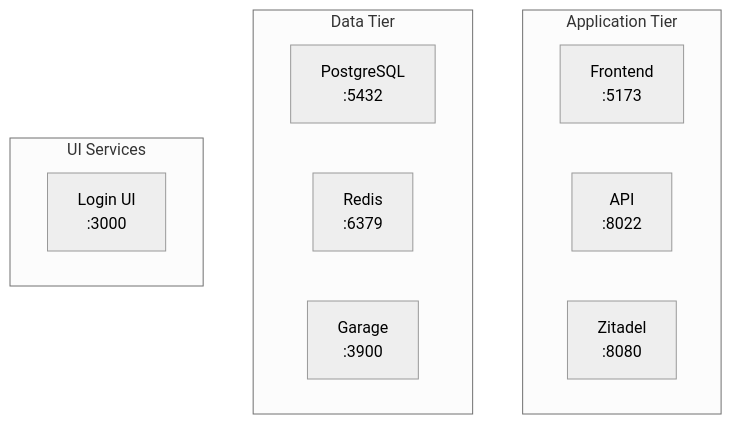
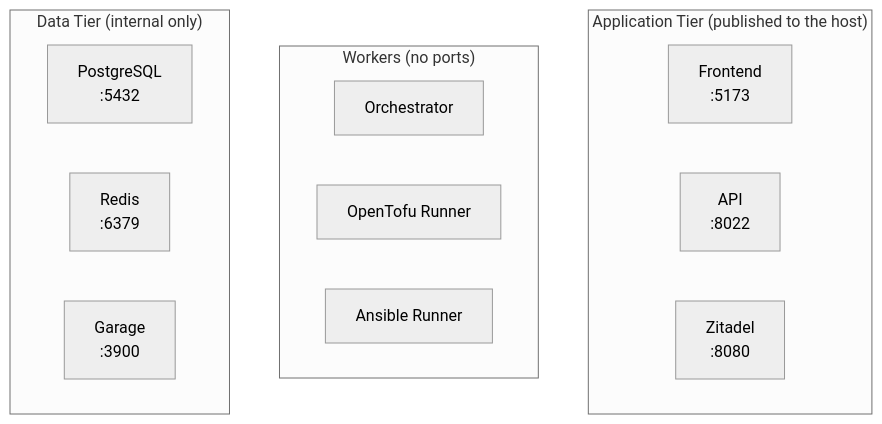
The sixth of 7 diagrams in docs/architecture/README.md (vhco-pro/stackweaver-frontend), drawn with Mermaid (neutral theme) before and after one commit. The commit also changed other lines of this file and 44 other files, not shown here.

````diff
--- a/docs/architecture/README.md
+++ b/docs/architecture/README.md
@@ -454,18 +454,20 @@
 ```mermaid
 flowchart TB
-    subgraph AppTier["Application Tier"]
+    subgraph AppTier["Application Tier (published to the host)"]
         Frontend["Frontend<br/>:5173"]
         API["API<br/>:8022"]
         Zitadel["Zitadel<br/>:8080"]
     end
 
-    subgraph DataTier["Data Tier"]
+    subgraph Workers["Workers (no ports)"]
+        Orchestrator["Orchestrator"]
+        Runner["OpenTofu Runner"]
+        AnsibleRunner["Ansible Runner"]
+    end
+
+    subgraph DataTier["Data Tier (internal only)"]
         PostgreSQL["PostgreSQL<br/>:5432"]
         Redis["Redis<br/>:6379"]
         Garage["Garage<br/>:3900"]
     end
-
-    subgraph UIServices["UI Services"]
-        LoginUI["Login UI<br/>:3000"]
-    end
 ```
````
